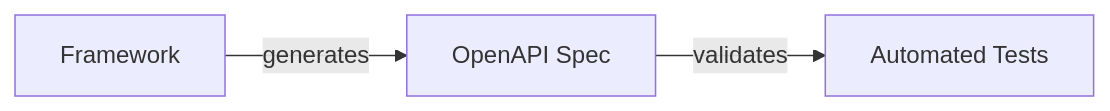
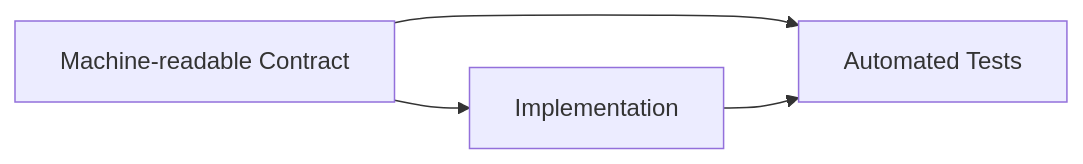
One commit to wagov-dtt/architecture-decision-records changed the diagram in development/003-apis.md. Above: the diagram before and after it, drawn with Mermaid. The commit also changed other lines of this file and 35 other files, not shown here.

First line of the commit message:
Modernise cyber protection architecture guidance (#29)

````diff
--- a/development/003-apis.md
+++ b/development/003-apis.md
@@ -38,9 +61,10 @@
 ```mermaid
 flowchart LR
-    framework[Framework]
-    openapi[OpenAPI Spec]
+    contract[Machine-readable Contract]
+    implementation[Implementation]
     testing[Automated Tests]
 
-    framework -->|generates| openapi
-    openapi -->|validates| testing
+    contract --> implementation
+    contract --> testing
+    implementation --> testing
 ```
````
